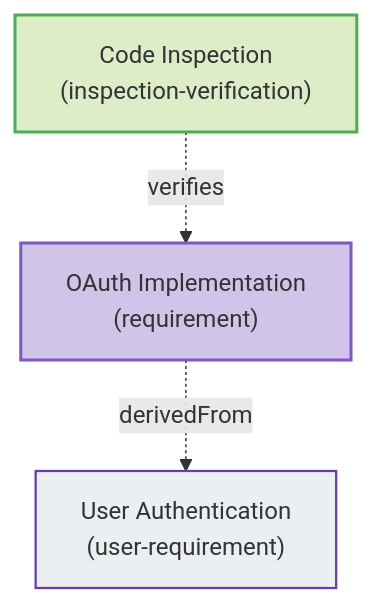
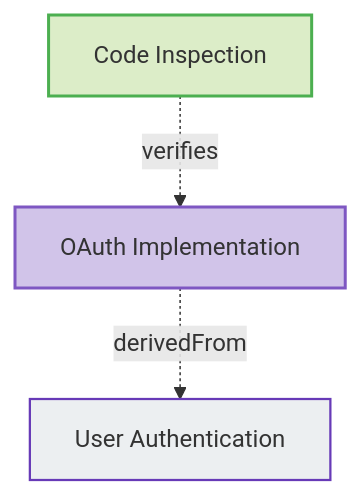
The sixth of 6 diagrams in tests/test-verification-traces/expected_redundant_output.md (reqvire-org/reqvire), drawn with Mermaid before and after one commit. The commit also changed other lines of this file and 137 other files, not shown here.

First line of the commit message:
Add attachment display to diagrams and fix navigation button removal

````diff
--- a/tests/test-verification-traces/expected_redundant_output.md
+++ b/tests/test-verification-traces/expected_redundant_output.md
@@ -140,17 +140,17 @@
 ```mermaid
 graph TD
   classDef userRequirement fill:#D1C4E9,stroke:#7E57C2,stroke-width:2px;
   classDef systemRequirement fill:#E1D8EE,stroke:#673AB7,stroke-width:1.5px;
   classDef requirement fill:#ECEFF1,stroke:#673AB7,stroke-width:1.5px;
   classDef verified fill:#D1C4E9,stroke:#7E57C2,stroke-width:2px;
   classDef verification fill:#DCEDC8,stroke:#4CAF50,stroke-width:2px;
 
-  cd126a6fddc2bd83["Code Inspection<br>(inspection-verification)"]:::verification
+  cd126a6fddc2bd83["Code Inspection"]:::verification
   click cd126a6fddc2bd83 "specifications/Verifications/Tests.md#code-inspection";
-  d5a439e4972ea591["OAuth Implementation<br>(requirement)"]:::verified
+  d5a439e4972ea591["OAuth Implementation"]:::verified
   click d5a439e4972ea591 "specifications/SystemRequirements.md#oauth-implementation";
   cd126a6fddc2bd83 -.->|verifies| d5a439e4972ea591;
-  2934ea21a1d898a3["User Authentication<br>(user-requirement)"]:::requirement
+  2934ea21a1d898a3["User Authentication"]:::requirement
   click 2934ea21a1d898a3 "specifications/UserRequirements.md#user-authentication";
   d5a439e4972ea591 -.->|derivedFrom| 2934ea21a1d898a3;
 ```
````
